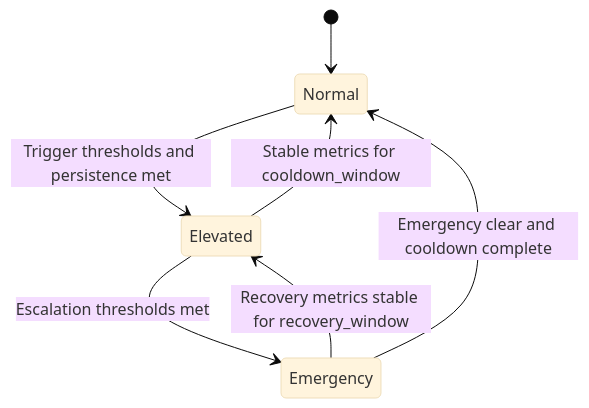
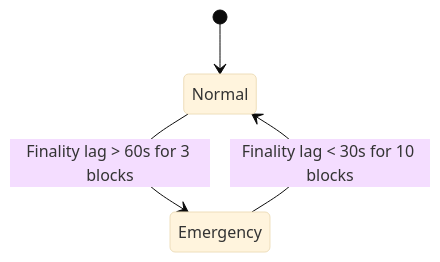
The second of 2 diagrams in docs/01-research/networking/decentralized-incident-response-and-recovery.md (TheNoobiCat/Hyperfluid), drawn with Mermaid (base theme) before and after one commit. The commit also changed other lines of this file and 17 other files, not shown here.

````diff
--- a/docs/01-research/networking/decentralized-incident-response-and-recovery.md
+++ b/docs/01-research/networking/decentralized-incident-response-and-recovery.md
@@ -134,9 +122,6 @@
 ```mermaid
 stateDiagram-v2
     [*] --> Normal
-    Normal --> Elevated: Trigger thresholds and persistence met
-    Elevated --> Emergency: Escalation thresholds met
-    Emergency --> Elevated: Recovery metrics stable for recovery_window
-    Elevated --> Normal: Stable metrics for cooldown_window
-    Emergency --> Normal: Emergency clear and cooldown complete
+    Normal --> Emergency: Finality lag > 60s for 3 blocks
+    Emergency --> Normal: Finality lag < 30s for 10 blocks
 ```
````
